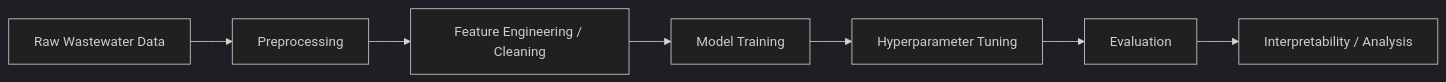
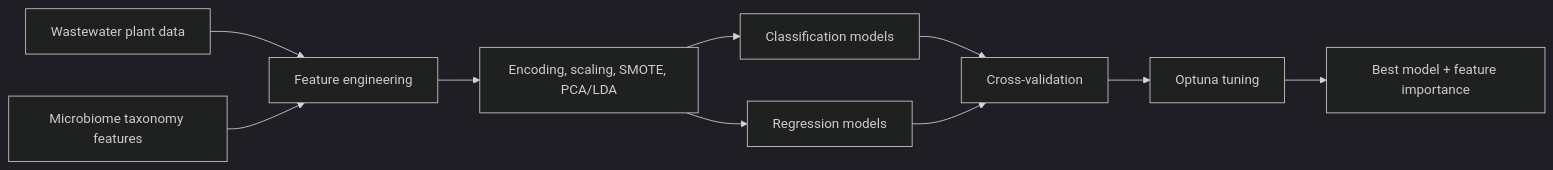
Before and after one commit to DavidQifongJiang/The-Application-of-Machine-Learning-in-Wastewater-Treatment: the diagram in README.md, drawn with Mermaid (dark theme). The commit also changed other lines of this file and 24 other files, not shown here.

````diff
--- a/README.md
+++ b/README.md
@@ -66,9 +57,12 @@
 ```mermaid
 flowchart LR
-    A[Raw Wastewater Data] --> B[Preprocessing]
-    B --> C[Feature Engineering / Cleaning]
-    C --> D[Model Training]
-    D --> E[Hyperparameter Tuning]
-    E --> F[Evaluation]
-    F --> G[Interpretability / Analysis]
+    A["Wastewater plant data"] --> C["Feature engineering"]
+    B["Microbiome taxonomy features"] --> C
+    C --> D["Encoding, scaling, SMOTE, PCA/LDA"]
+    D --> E["Classification models"]
+    D --> F["Regression models"]
+    E --> G["Cross-validation"]
+    F --> G
+    G --> H["Optuna tuning"]
+    H --> I["Best model + feature importance"]
 ```
````
